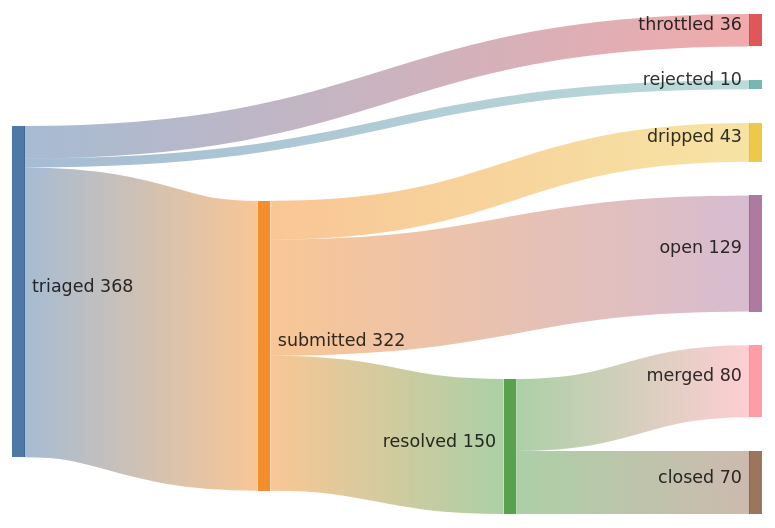
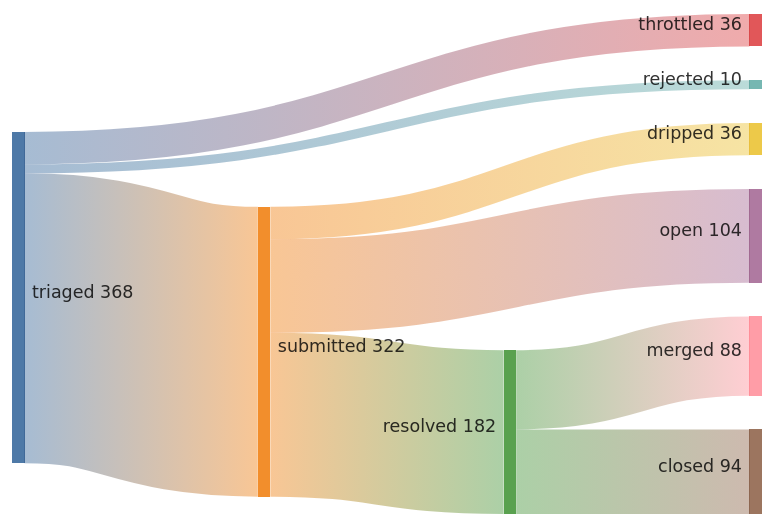
The first of 2 diagrams in README.md (kimjune01/kimjune01), drawn with Mermaid before and after one commit. The commit also changed other lines of this file, not shown here.

````diff
--- a/README.md
+++ b/README.md
@@ -7,11 +32,11 @@
 ```mermaid
 sankey-beta
     triaged,    submitted, 322
     triaged,    throttled, 36
     triaged,    rejected,  10
-    submitted,  resolved,  150
-    submitted,  dripped,   43
-    submitted,  open,      129
-    resolved,   merged,    80
-    resolved,   closed,    70
+    submitted,  resolved,  182
+    submitted,  dripped,   36
+    submitted,  open,      104
+    resolved,   merged,    88
+    resolved,   closed,    94
 ```
````
